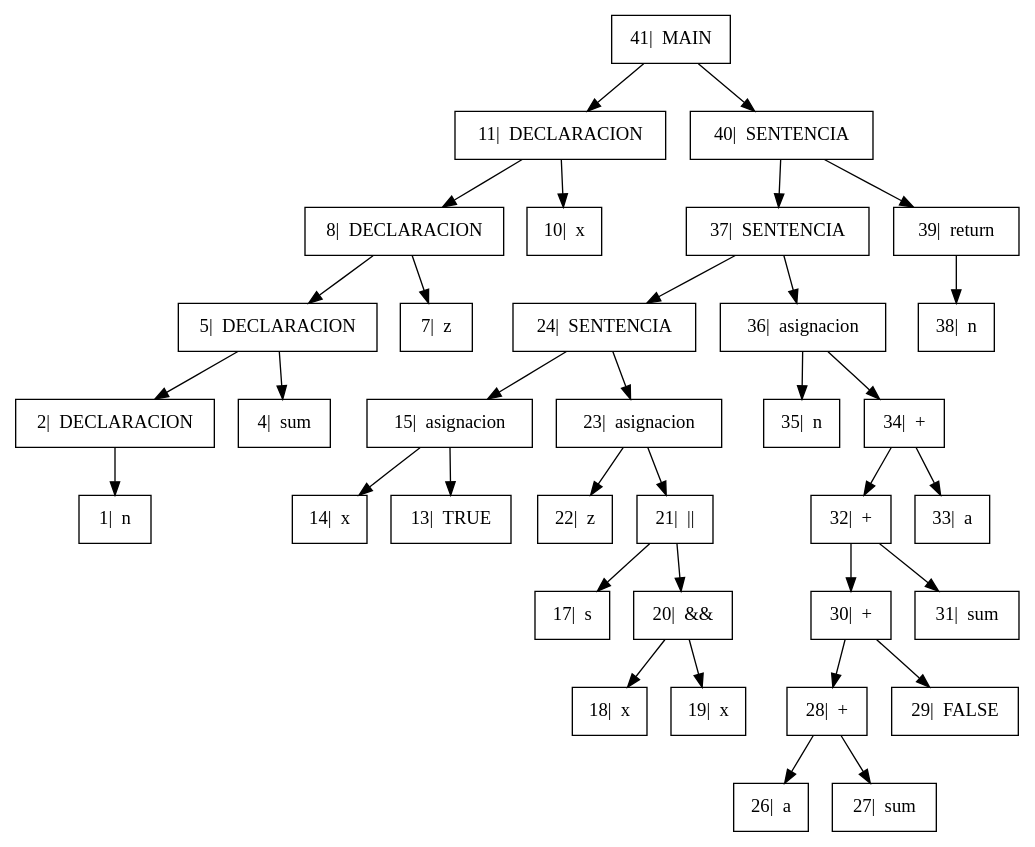
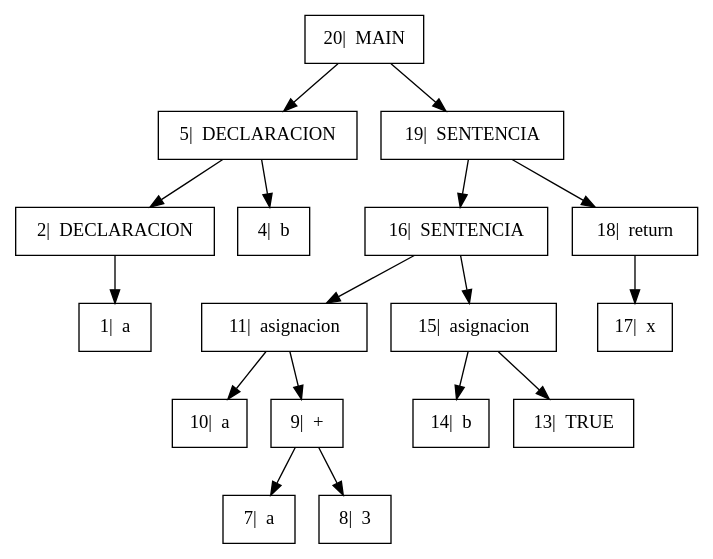
Before and after one commit to GiovA07/PRE-PROYECTO-COMPILADORES: the diagram in Proyecto/Arbol.dot, drawn with Graphviz. The commit also changed 8 other files, not shown here.

```diff
--- a/Proyecto/Arbol.dot
+++ b/Proyecto/Arbol.dot
@@ -1,24 +1,15 @@
 digraph{
 
 rankdir=TB;
 
 node[shape=box];
-"41|  MAIN" -> "11|  DECLARACION", "40|  SENTENCIA";
-"11|  DECLARACION" -> "8|  DECLARACION", "10|  x";
-"8|  DECLARACION" -> "5|  DECLARACION", "7|  z";
-"5|  DECLARACION" -> "2|  DECLARACION", "4|  sum";
-"2|  DECLARACION" -> "1|  n" ;
-"40|  SENTENCIA" -> "37|  SENTENCIA", "39|  return";
-"37|  SENTENCIA" -> "24|  SENTENCIA", "36|  asignacion";
-"24|  SENTENCIA" -> "15|  asignacion", "23|  asignacion";
-"15|  asignacion" -> "14|  x", "13|  TRUE";
-"23|  asignacion" -> "22|  z", "21|  ||";
-"21|  ||" -> "17|  s", "20|  &&";
-"20|  &&" -> "18|  x", "19|  x";
-"36|  asignacion" -> "35|  n", "34|  +";
-"34|  +" -> "32|  +", "33|  a";
-"32|  +" -> "30|  +", "31|  sum";
-"30|  +" -> "28|  +", "29|  FALSE";
-"28|  +" -> "26|  a", "27|  sum";
-"39|  return" -> "38|  n" ;
+"20|  MAIN" -> "5|  DECLARACION", "19|  SENTENCIA";
+"5|  DECLARACION" -> "2|  DECLARACION", "4|  b";
+"2|  DECLARACION" -> "1|  a" ;
+"19|  SENTENCIA" -> "16|  SENTENCIA", "18|  return";
+"16|  SENTENCIA" -> "11|  asignacion", "15|  asignacion";
+"11|  asignacion" -> "10|  a", "9|  +";
+"9|  +" -> "7|  a", "8|  3";
+"15|  asignacion" -> "14|  b", "13|  TRUE";
+"18|  return" -> "17|  x" ;
 }
```
